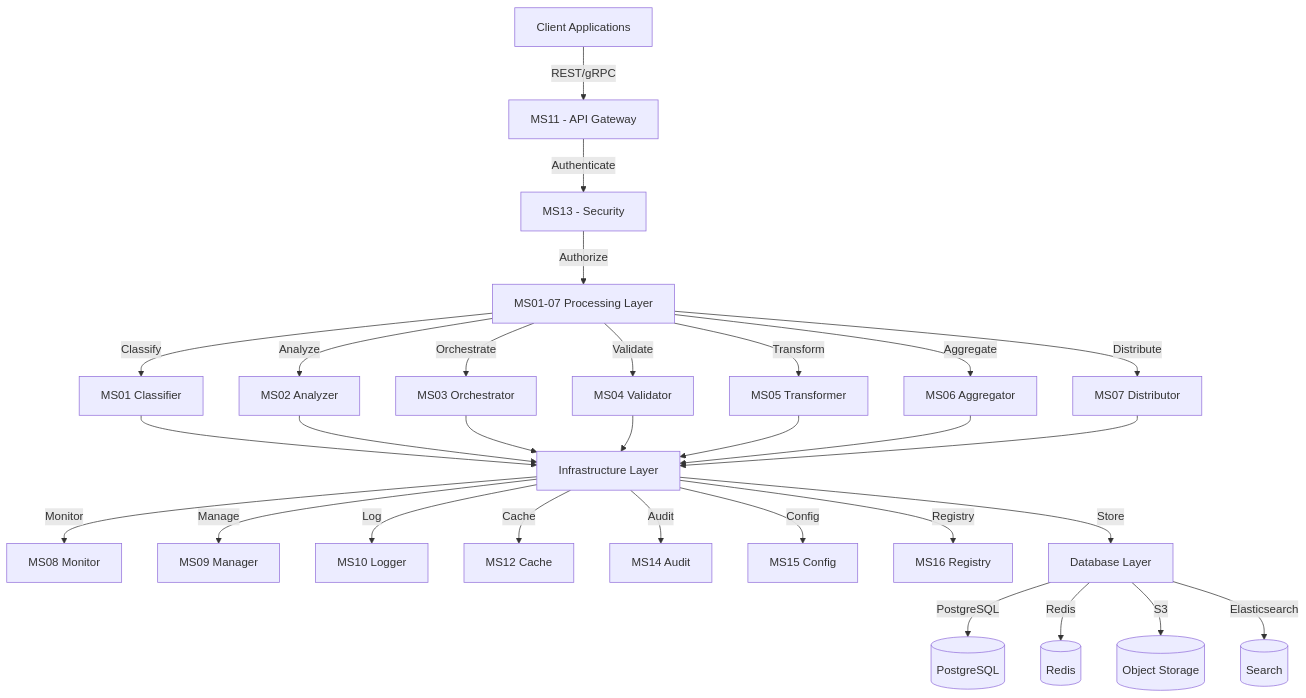
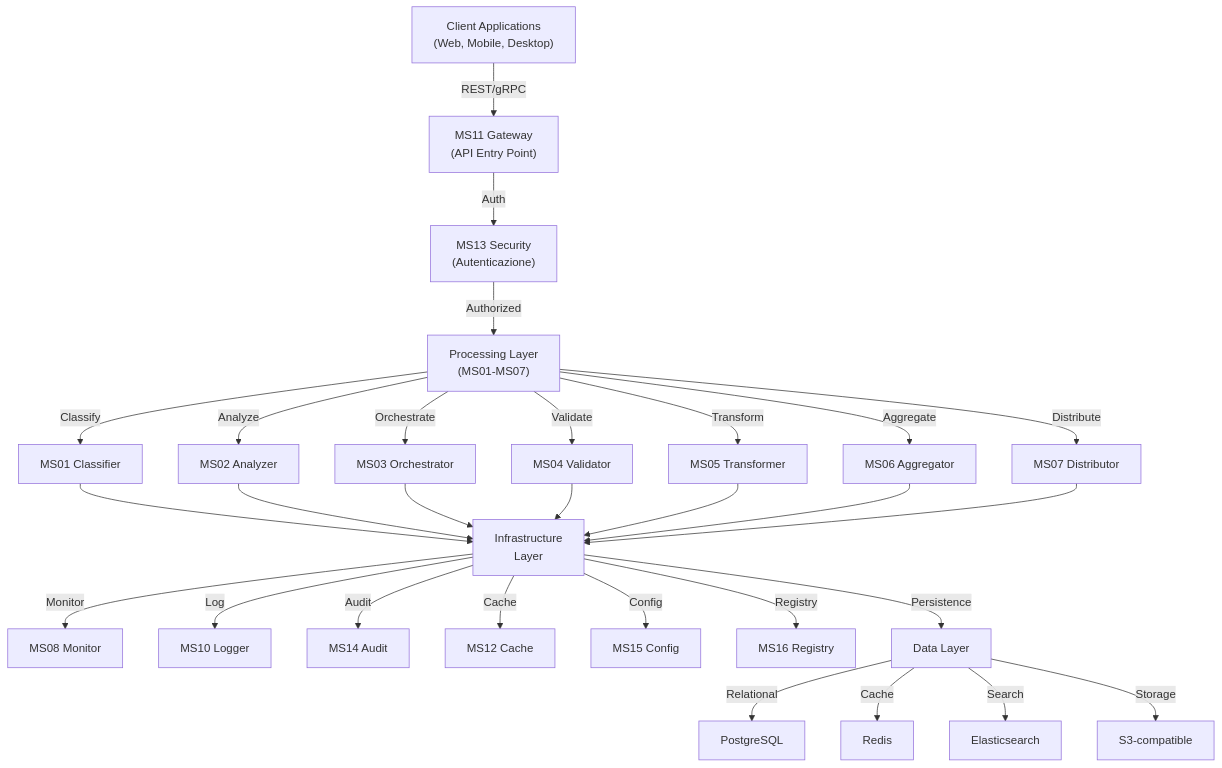
One commit to gianlucaciarcelluti/Interzen.ZenIA changed the first of 4 diagrams in docs/PROGETTO-ZENIA.md. Above: the diagram before and after it, drawn with Mermaid. The commit also changed other lines of this file, not shown here.

````diff
--- a/docs/PROGETTO-ZENIA.md
+++ b/docs/PROGETTO-ZENIA.md
@@ -852,36 +649,36 @@
 ```mermaid
 graph TD
-    A[Client Applications] -->|REST/gRPC| B[MS11 - API Gateway]
-    B -->|Authenticate| C[MS13 - Security]
-    C -->|Authorize| D["MS01-07 Processing Layer"]
+    A["Client Applications<br/>(Web, Mobile, Desktop)"] -->|REST/gRPC| B["MS11 Gateway<br/>(API Entry Point)"]
+
+    B -->|Auth| C["MS13 Security<br/>(Autenticazione)"]
+    C -->|Authorized| D["Processing Layer<br/>(MS01-MS07)"]
 
     D -->|Classify| E["MS01 Classifier"]
     D -->|Analyze| F["MS02 Analyzer"]
     D -->|Orchestrate| G["MS03 Orchestrator"]
     D -->|Validate| H["MS04 Validator"]
     D -->|Transform| I["MS05 Transformer"]
     D -->|Aggregate| J["MS06 Aggregator"]
     D -->|Distribute| K["MS07 Distributor"]
 
-    E --> L["Infrastructure Layer"]
+    E --> L["Infrastructure<br/>Layer"]
     F --> L
     G --> L
     H --> L
     I --> L
     J --> L
     K --> L
 
     L -->|Monitor| M["MS08 Monitor"]
-    L -->|Manage| N["MS09 Manager"]
-    L -->|Log| O["MS10 Logger"]
+    L -->|Log| N["MS10 Logger"]
+    L -->|Audit| O["MS14 Audit"]
     L -->|Cache| P["MS12 Cache"]
-    L -->|Audit| Q["MS14 Audit"]
-    L -->|Config| R["MS15 Config"]
-    L -->|Registry| S["MS16 Registry"]
+    L -->|Config| Q["MS15 Config"]
+    L -->|Registry| R["MS16 Registry"]
 
-    L -->|Store| T["Database Layer"]
-    T -->|PostgreSQL| T1[(PostgreSQL)]
-    T -->|Redis| T2[(Redis)]
-    T -->|S3| T3[(Object Storage)]
-    T -->|Elasticsearch| T4[(Search)]
+    L -->|Persistence| S["Data Layer"]
+    S -->|Relational| S1["PostgreSQL"]
+    S -->|Cache| S2["Redis"]
+    S -->|Search| S3["Elasticsearch"]
+    S -->|Storage| S4["S3-compatible"]
 ```
````
